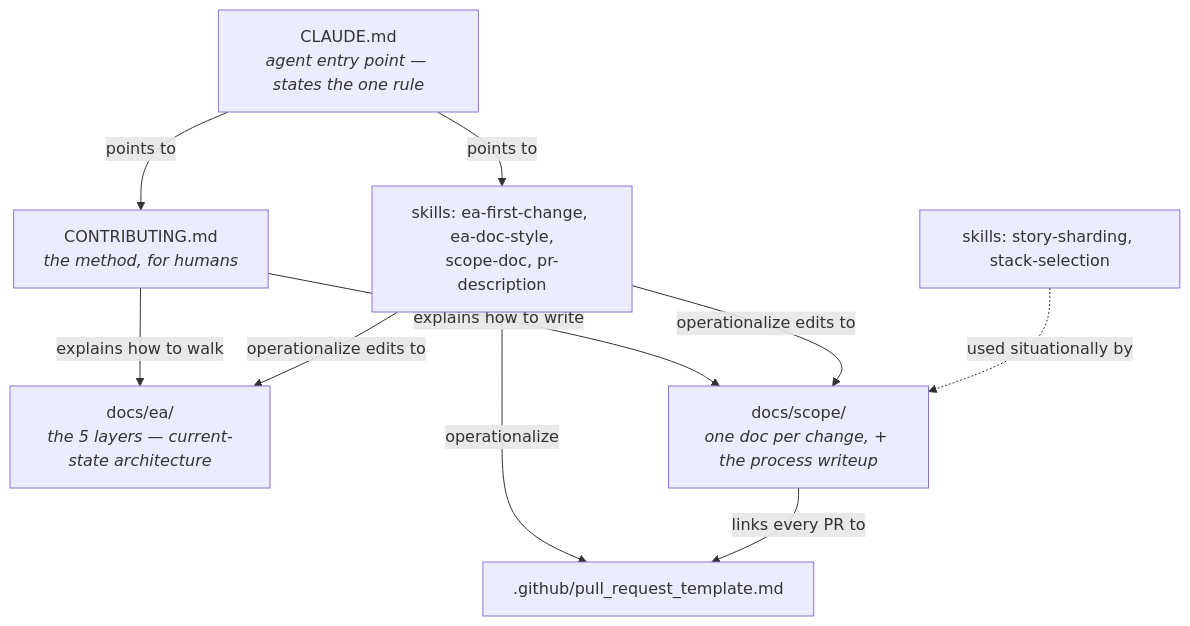
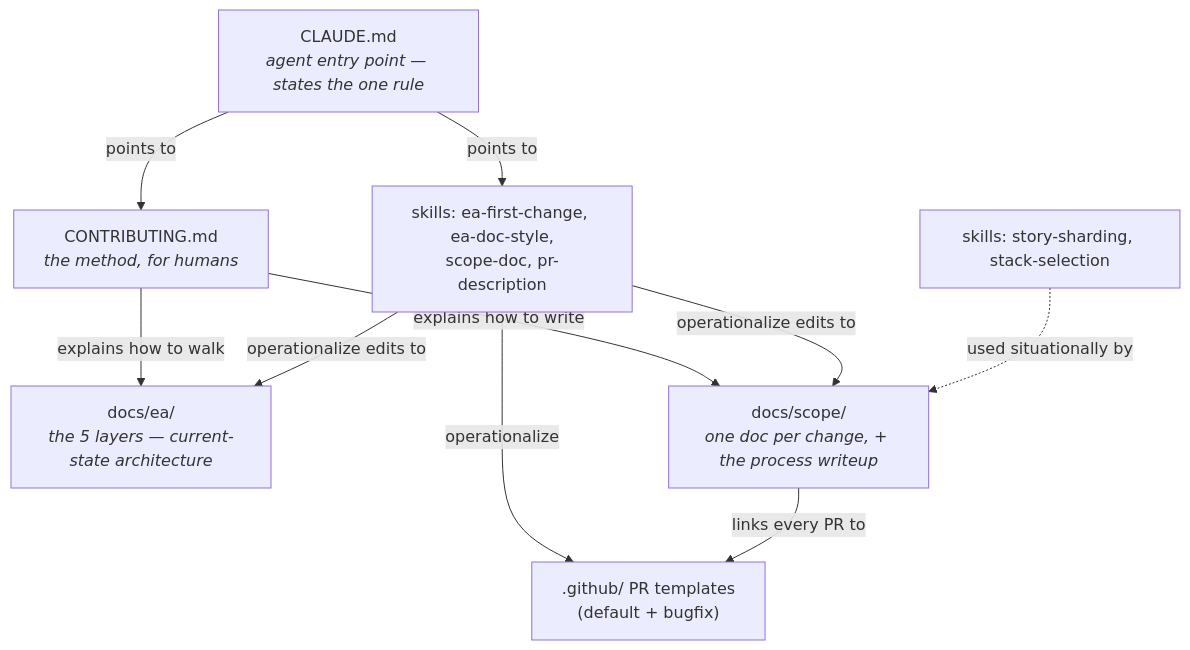
Before and after one commit to roanboc/architecture-archreator: the diagram in README.md, drawn with Mermaid. The commit also changed other lines of this file and 5 other files, not shown here.

First line of the commit message:
Add bugfix PR template and process actors/flow; drop source-project mentions

````diff
--- a/README.md
+++ b/README.md
@@ -77,20 +76,20 @@
 ```mermaid
 flowchart TB
   claude["CLAUDE.md<br><i>agent entry point — states the one rule</i>"]
   contrib["CONTRIBUTING.md<br><i>the method, for humans</i>"]
   ea["docs/ea/<br><i>the 5 layers — current-state architecture</i>"]
   scope["docs/scope/<br><i>one doc per change, + the process writeup</i>"]
   skillscore["skills: ea-first-change, ea-doc-style,<br>scope-doc, pr-description"]
   skillssupport["skills: story-sharding, stack-selection"]
-  pr[".github/pull_request_template.md"]
+  pr[".github/ PR templates<br>(default + bugfix)"]
 
   claude -->|points to| contrib
   claude -->|points to| skillscore
   contrib -->|explains how to walk| ea
   contrib -->|explains how to write| scope
   skillscore -->|operationalize edits to| ea
   skillscore -->|operationalize edits to| scope
   skillscore -->|operationalize| pr
   skillssupport -.->|used situationally by| scope
   scope -->|links every PR to| pr
 ```
````
